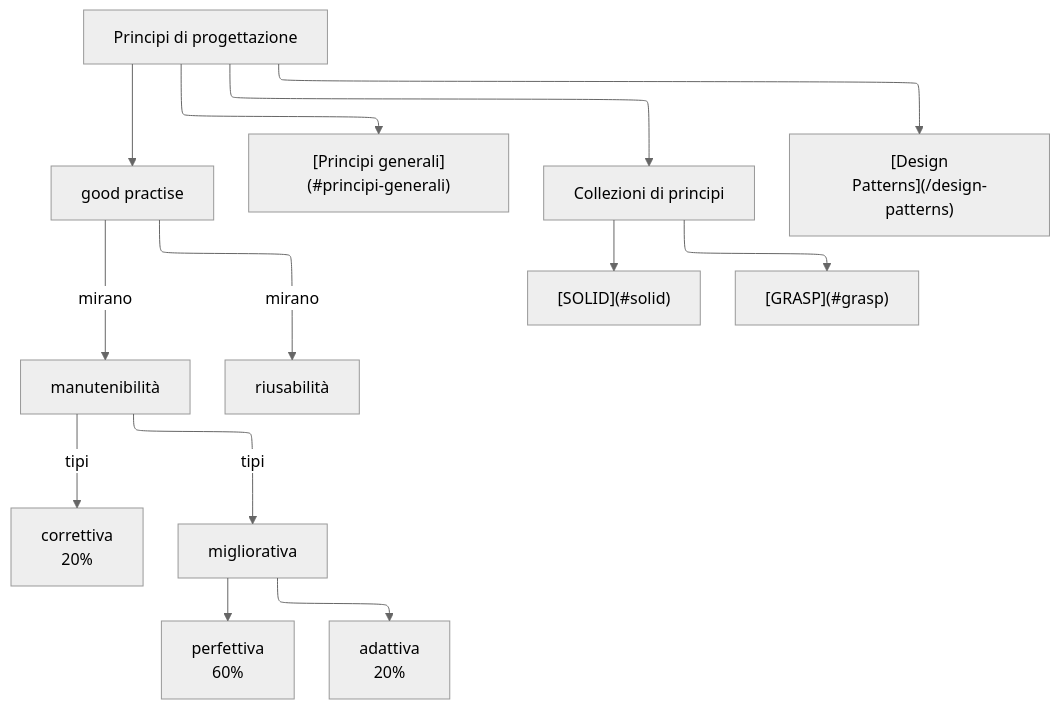
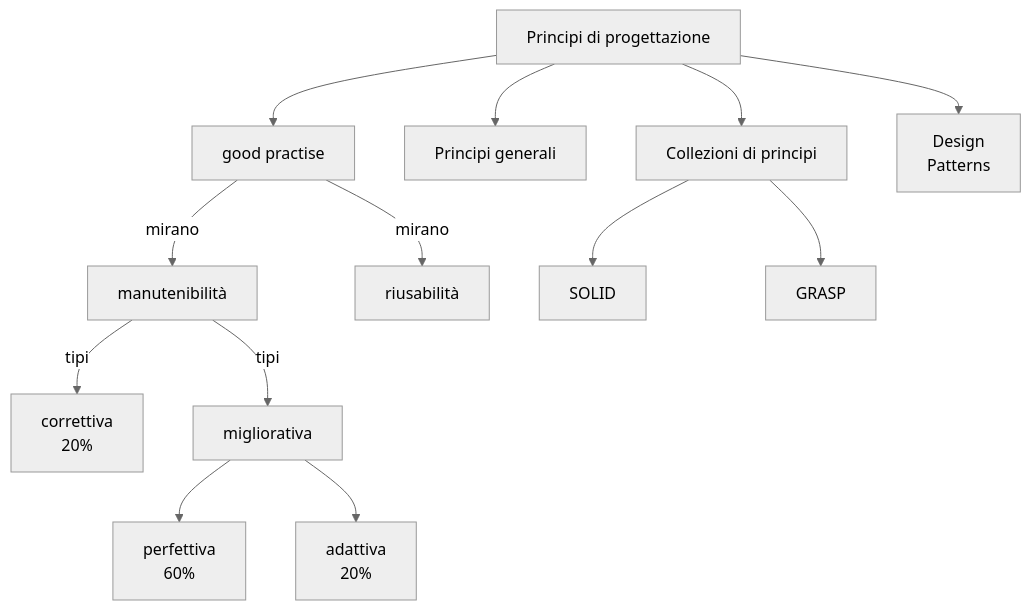
One commit to Firi0n/appunti-unipi changed the first of 8 diagrams in src/content/docs/software_engineering/Progettazione/principi_progettazione.md. Above: the diagram before and after it, drawn with Mermaid (neutral theme). The commit also changed other lines of this file and 12 other files, not shown here.

````diff
--- a/src/content/docs/software_engineering/Progettazione/principi_progettazione.md
+++ b/src/content/docs/software_engineering/Progettazione/principi_progettazione.md
@@ -7,25 +7,17 @@
 ```mermaid
----
-config:
-    layout: elk
-    elk: {
-        considerModelOrder: "PREFER_NODES",
-        forceNodeModelOrder: true
-    }
----
 flowchart TD
 
     PP[Principi di progettazione] --> gp[good practise] -- mirano --> manutenibilità & riusabilità
     manutenibilità --tipi--> correttiva["correttiva
 20%"] & migliorativa
     migliorativa --> perfettiva["perfettiva
 60%"] & adattiva["adattiva
 20%"]
 
-    PP --> PG["[Principi generali](#principi-generali)"]
+    PP --> PG["Principi generali"]
 
-    PP --> CP[Collezioni di principi] --> SOLID["[SOLID](#solid)"] & GRASP["[GRASP](#grasp)"]
+    PP --> CP[Collezioni di principi] --> SOLID["SOLID"] & GRASP["GRASP"]
 
-    PP --> DP["[Design
-Patterns](/design-patterns)"]
+    PP --> DP["Design
+Patterns"]
 ```
````
